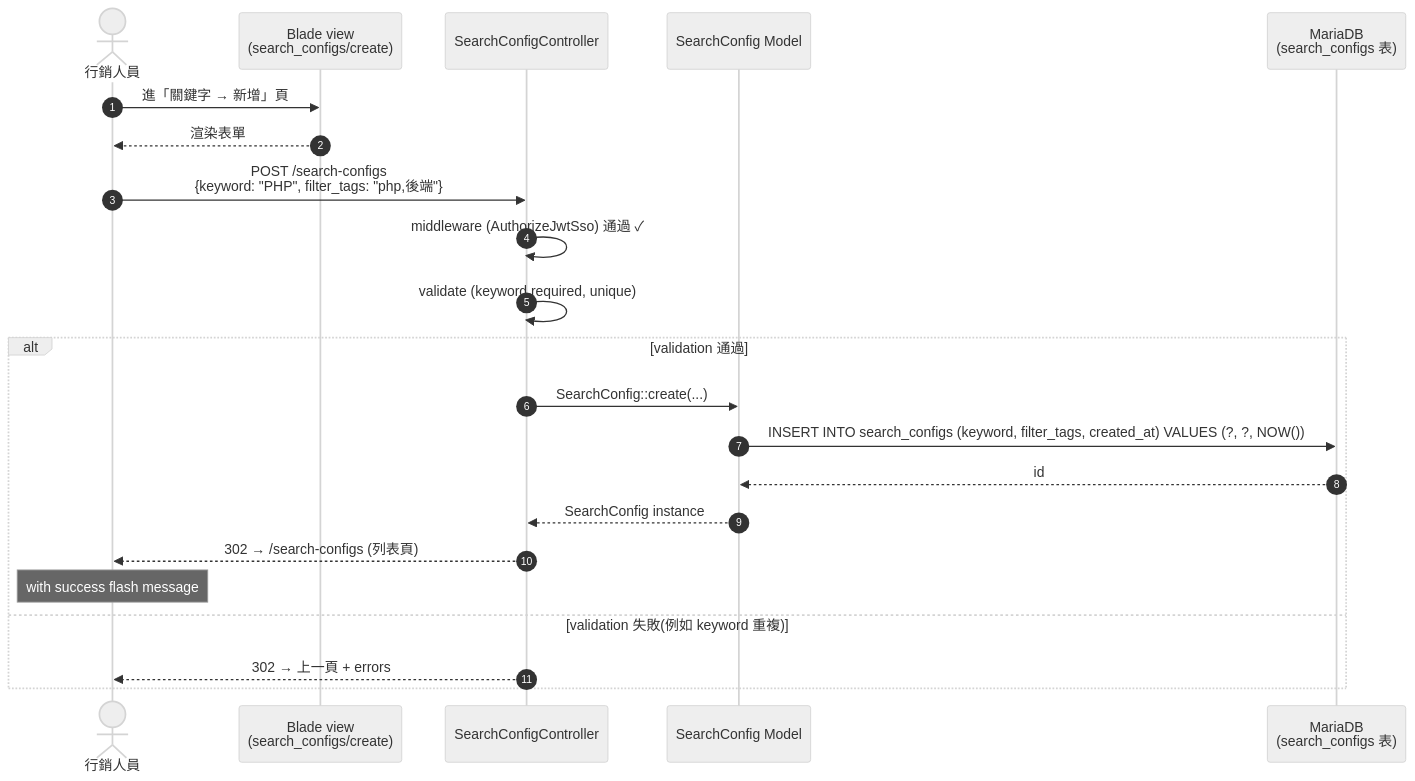
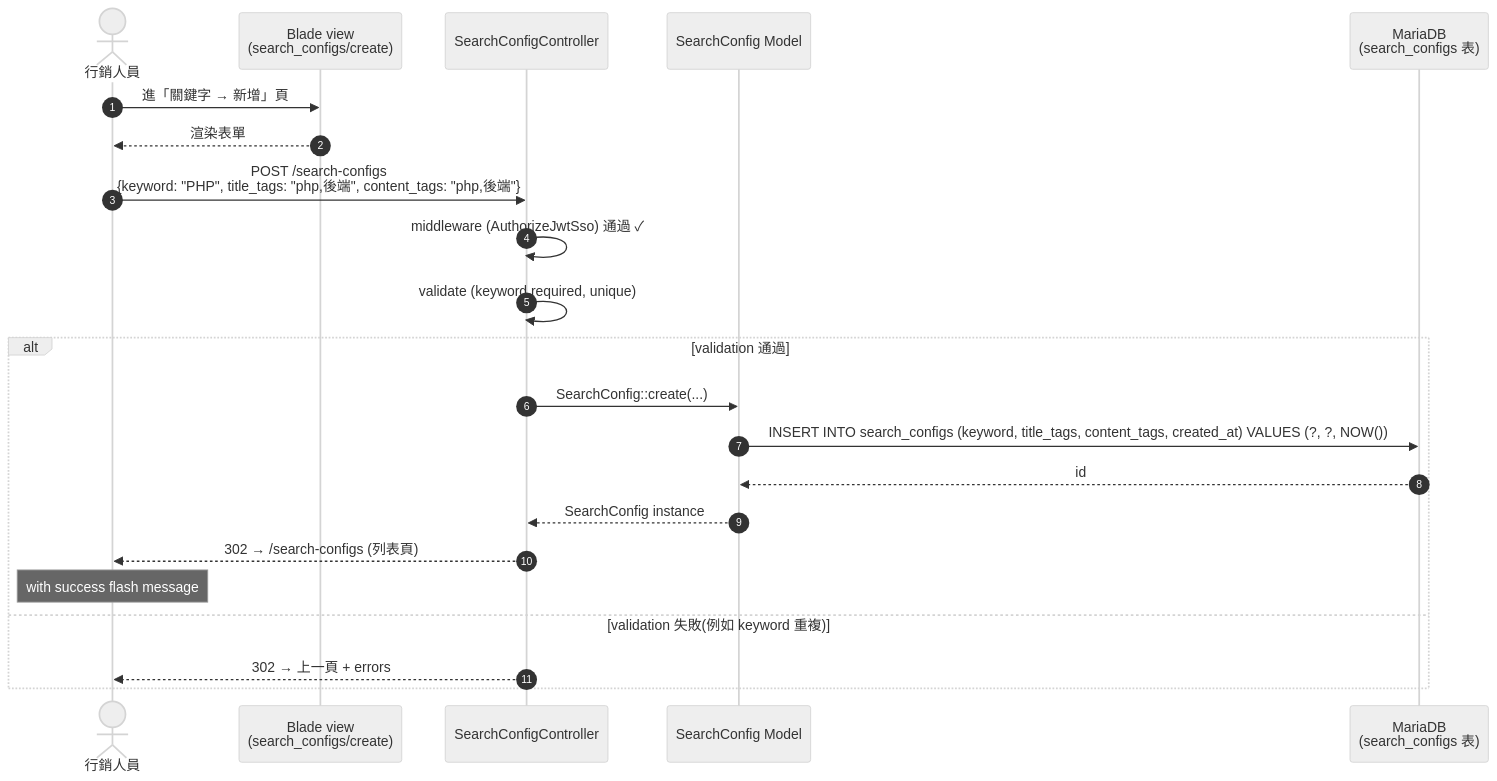
One commit to jacky0996/job_digger_admin changed the second of 6 diagrams in docs/sequence-diagrams.md. Above: the diagram before and after it, drawn with Mermaid (neutral theme). The commit also changed 8 other files, not shown here.

````diff
--- a/docs/sequence-diagrams.md
+++ b/docs/sequence-diagrams.md
@@ -85,27 +85,27 @@
 ```mermaid
 sequenceDiagram
     autonumber
     actor U as 行銷人員
     participant V as Blade view<br/>(search_configs/create)
     participant C as SearchConfigController
     participant M as SearchConfig Model
     participant DB as MariaDB<br/>(search_configs 表)
 
     U->>V: 進「關鍵字 → 新增」頁
     V-->>U: 渲染表單
 
-    U->>C: POST /search-configs<br/>{keyword: "PHP", filter_tags: "php,後端"}
+    U->>C: POST /search-configs<br/>{keyword: "PHP", title_tags: "php,後端", content_tags: "php,後端"}
     C->>C: middleware (AuthorizeJwtSso) 通過 ✓
     C->>C: validate (keyword required, unique)
 
     alt validation 通過
         C->>M: SearchConfig::create(...)
-        M->>DB: INSERT INTO search_configs (keyword, filter_tags, created_at) VALUES (?, ?, NOW())
+        M->>DB: INSERT INTO search_configs (keyword, title_tags, content_tags, created_at) VALUES (?, ?, NOW())
         DB-->>M: id
         M-->>C: SearchConfig instance
         C-->>U: 302 → /search-configs (列表頁)
         Note over U: with success flash message
     else validation 失敗(例如 keyword 重複)
         C-->>U: 302 → 上一頁 + errors
     end
 ```
````
